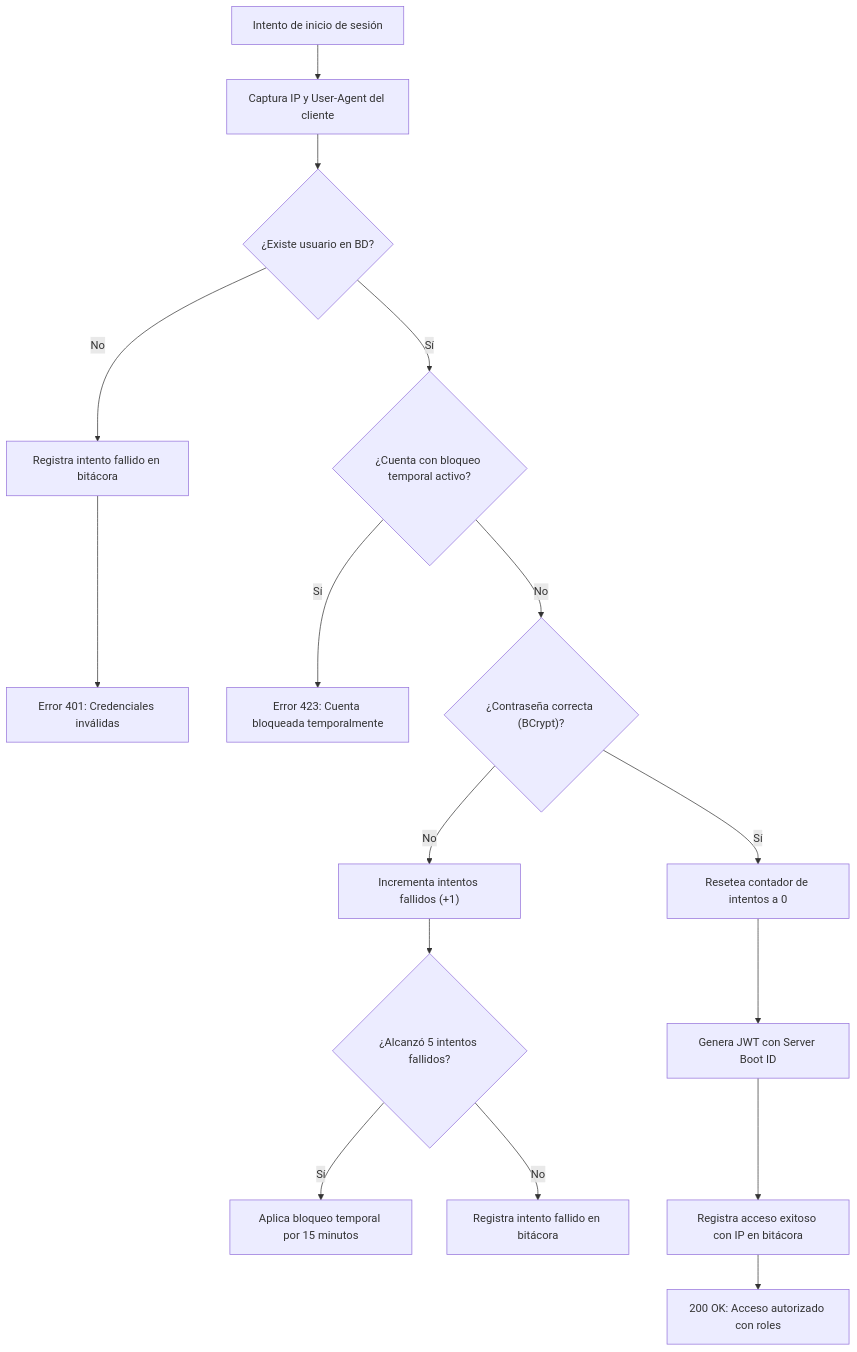
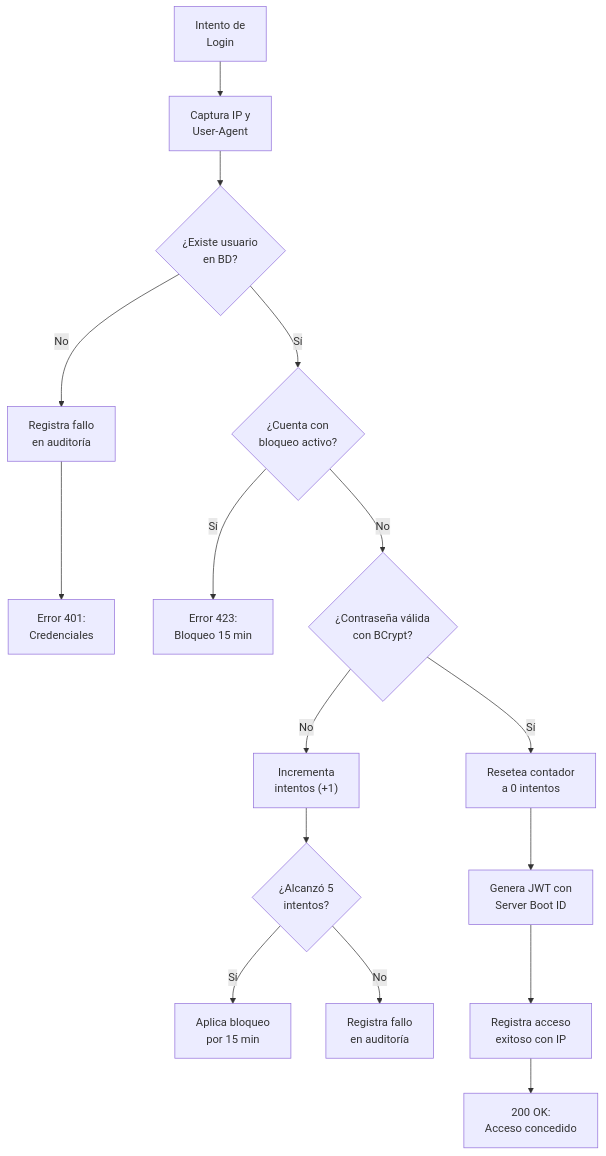
The fifth of 9 diagrams in README.md (MrCarlos17A/TechZone), drawn with Mermaid before and after one commit. The commit also changed other lines of this file, not shown here.

Commit message:
docs: solucion de diagramas README

````diff
--- a/README.md
+++ b/README.md
@@ -274,21 +273,21 @@
 ```mermaid
 flowchart TD
-    START["Intento de inicio de sesión"] --> CAPTURE["Captura IP y User-Agent del cliente"]
-    CAPTURE --> FIND{"¿Existe usuario en BD?"}
+    START["Intento de<br/>Login"] --> CAPTURE["Captura IP y<br/>User-Agent"]
+    CAPTURE --> FIND{"¿Existe usuario<br/>en BD?"}
     
-    FIND -- No --> AUDIT_FAIL1["Registra intento fallido en bitácora"] --> RET_401["Error 401: Credenciales inválidas"]
+    FIND -- No --> AUDIT_FAIL1["Registra fallo<br/>en auditoría"] --> RET_401["Error 401:<br/>Credenciales"]
     
-    FIND -- Sí --> LOCKED{"¿Cuenta con bloqueo temporal activo?"}
-    LOCKED -- Sí --> RET_423["Error 423: Cuenta bloqueada temporalmente"]
+    FIND -- Sí --> LOCKED{"¿Cuenta con<br/>bloqueo activo?"}
+    LOCKED -- Sí --> RET_423["Error 423:<br/>Bloqueo 15 min"]
     
-    LOCKED -- No --> CHECK_PASS{"¿Contraseña correcta (BCrypt)?"}
-    CHECK_PASS -- No --> INC["Incrementa intentos fallidos (+1)"]
-    INC --> MAX{"¿Alcanzó 5 intentos fallidos?"}
-    MAX -- Sí --> SET_LOCK["Aplica bloqueo temporal por 15 minutos"]
-    MAX -- No --> AUDIT_FAIL2["Registra intento fallido en bitácora"]
+    LOCKED -- No --> CHECK_PASS{"¿Contraseña válida<br/>con BCrypt?"}
+    CHECK_PASS -- No --> INC["Incrementa<br/>intentos (+1)"]
+    INC --> MAX{"¿Alcanzó 5<br/>intentos?"}
+    MAX -- Sí --> SET_LOCK["Aplica bloqueo<br/>por 15 min"]
+    MAX -- No --> AUDIT_FAIL2["Registra fallo<br/>en auditoría"]
     
-    CHECK_PASS -- Sí --> RESET_COUNT["Resetea contador de intentos a 0"]
-    RESET_COUNT --> GEN_TOKEN["Genera JWT con Server Boot ID"]
-    GEN_TOKEN --> AUDIT_OK["Registra acceso exitoso con IP en bitácora"]
-    AUDIT_OK --> RET_200["200 OK: Acceso autorizado con roles"]
+    CHECK_PASS -- Sí --> RESET_COUNT["Resetea contador<br/>a 0 intentos"]
+    RESET_COUNT --> GEN_TOKEN["Genera JWT con<br/>Server Boot ID"]
+    GEN_TOKEN --> AUDIT_OK["Registra acceso<br/>exitoso con IP"]
+    AUDIT_OK --> RET_200["200 OK:<br/>Acceso concedido"]
 ```
````
